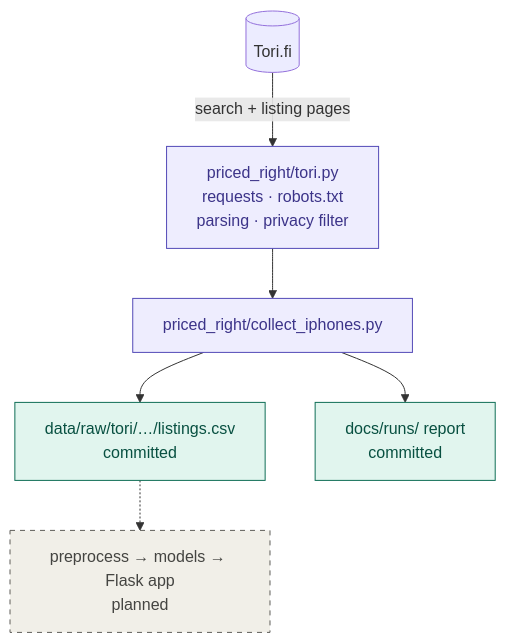
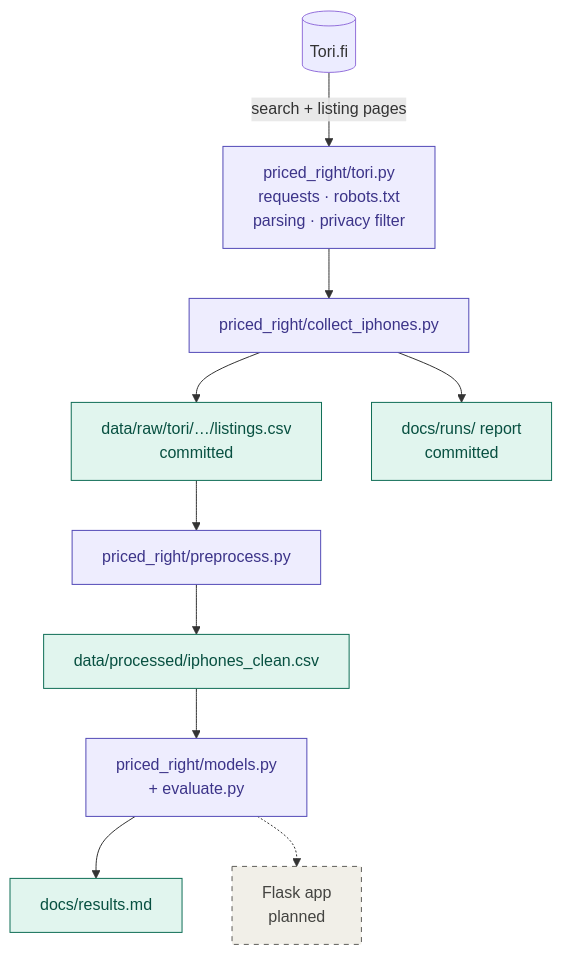
Before and after one commit to HashirSalam/priced-right: the second of 2 diagrams in README.md, drawn with Mermaid. The commit also changed other lines of this file and 12 other files, not shown here.

````diff
--- a/README.md
+++ b/README.md
@@ -146,15 +161,19 @@
 ```mermaid
 flowchart TB
     tori[("Tori.fi")] -->|search + listing pages| client["priced_right/tori.py<br/>requests · robots.txt<br/>parsing · privacy filter"]
     client --> collect["priced_right/collect_iphones.py"]
     collect --> raw["data/raw/tori/…/listings.csv<br/>committed"]
     collect --> reports["docs/runs/ report<br/>committed"]
-    raw -.-> planned["preprocess → models → Flask app<br/>planned"]
+    raw --> prep["priced_right/preprocess.py"]
+    prep --> clean["data/processed/iphones_clean.csv"]
+    clean --> models["priced_right/models.py<br/>+ evaluate.py"]
+    models --> results["docs/results.md"]
+    models -.-> planned["Flask app<br/>planned"]
 
     classDef code fill:#EEEDFE,stroke:#534AB7,color:#3C3489
     classDef data fill:#E1F5EE,stroke:#0F6E56,color:#085041
     classDef todo fill:#F1EFE8,stroke:#5F5E5A,color:#444441,stroke-dasharray: 5 5
-    class client,collect code
-    class raw,reports data
+    class client,collect,prep,models code
+    class raw,reports,clean,results data
     class planned todo
 ```
````
